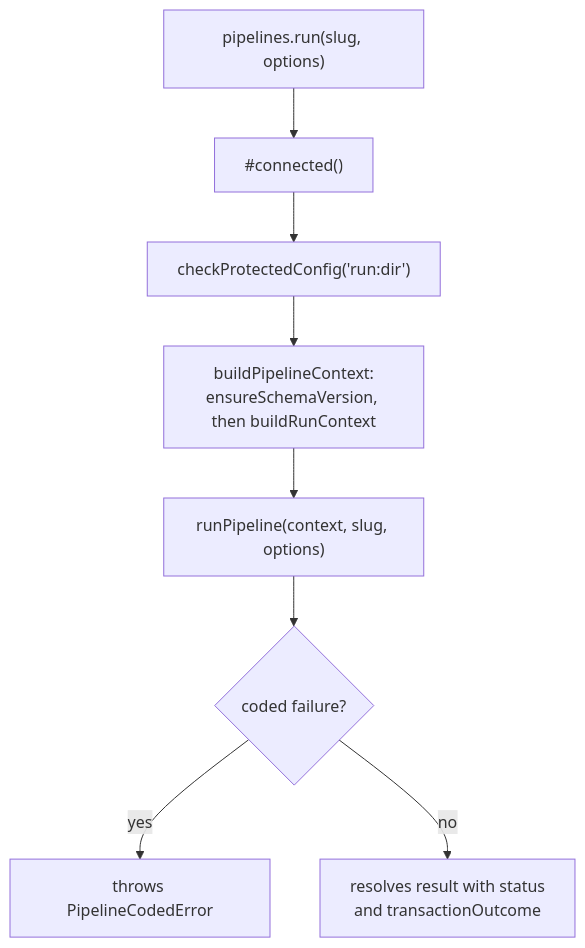
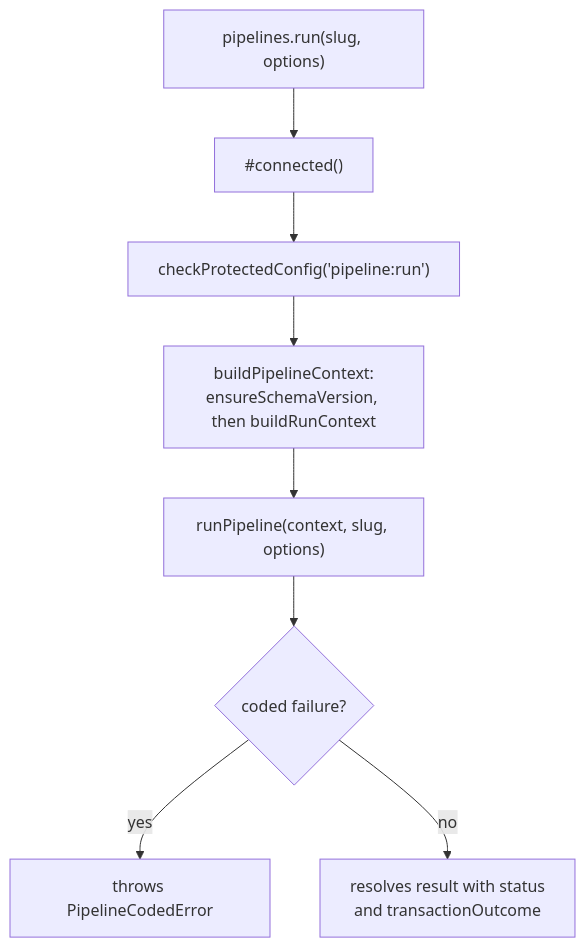
Before and after one commit to noormdev/noorm: the fourth of 5 diagrams in docs/wiki/sdk.md, drawn with Mermaid. The commit also changed other lines of this file and 349 other files, not shown here.

````diff
--- a/docs/wiki/sdk.md
+++ b/docs/wiki/sdk.md
@@ -156,11 +163,11 @@
 ```mermaid
 flowchart TD
     %% source: src/sdk/namespaces/pipelines.ts
     A["pipelines.run(slug, options)"] --> B["#connected()"]
-    B --> C["checkProtectedConfig('run:dir')"]
+    B --> C["checkProtectedConfig('pipeline:run')"]
     C --> D["buildPipelineContext:<br/>ensureSchemaVersion, then buildRunContext"]
     D --> F["runPipeline(context, slug, options)"]
     F --> G{"coded failure?"}
     G -->|yes| H["throws PipelineCodedError"]
     G -->|no| I["resolves result with status<br/>and transactionOutcome"]
 ```
````
